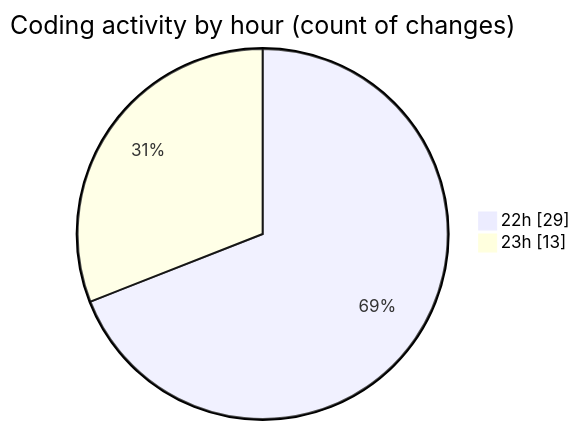
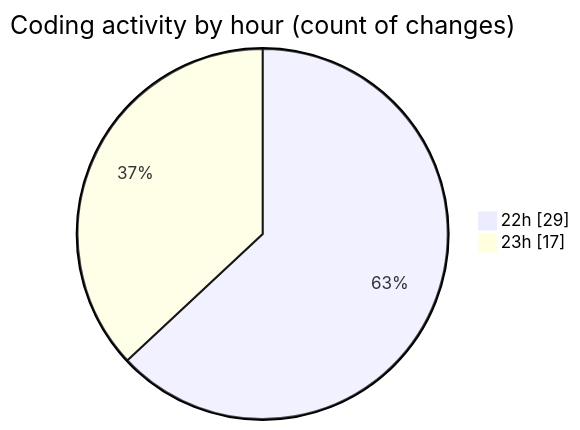
The second of 2 diagrams in 2025-10-19/scopecraft/README.md (Ritupan-Deka/code-tracking), drawn with Mermaid before and after one commit. The commit also changed other lines of this file and 1 other file, not shown here.

````diff
--- a/2025-10-19/scopecraft/README.md
+++ b/2025-10-19/scopecraft/README.md
@@ -33,6 +35,6 @@
 ```mermaid
 pie showData
 title Coding activity by hour (count of changes)
 "22h" : 29
-"23h" : 13
+"23h" : 17
 ```
````
